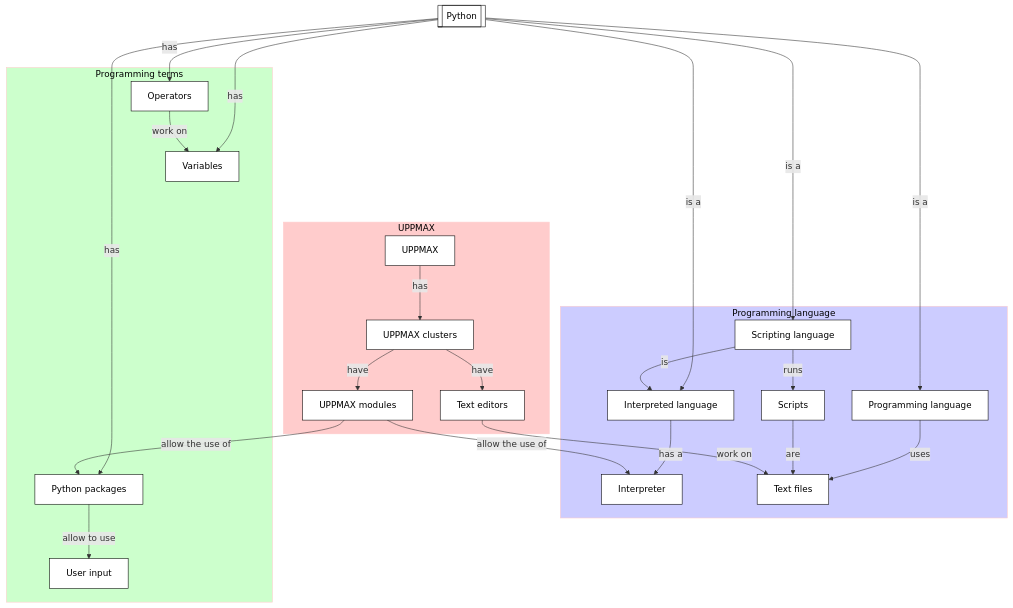
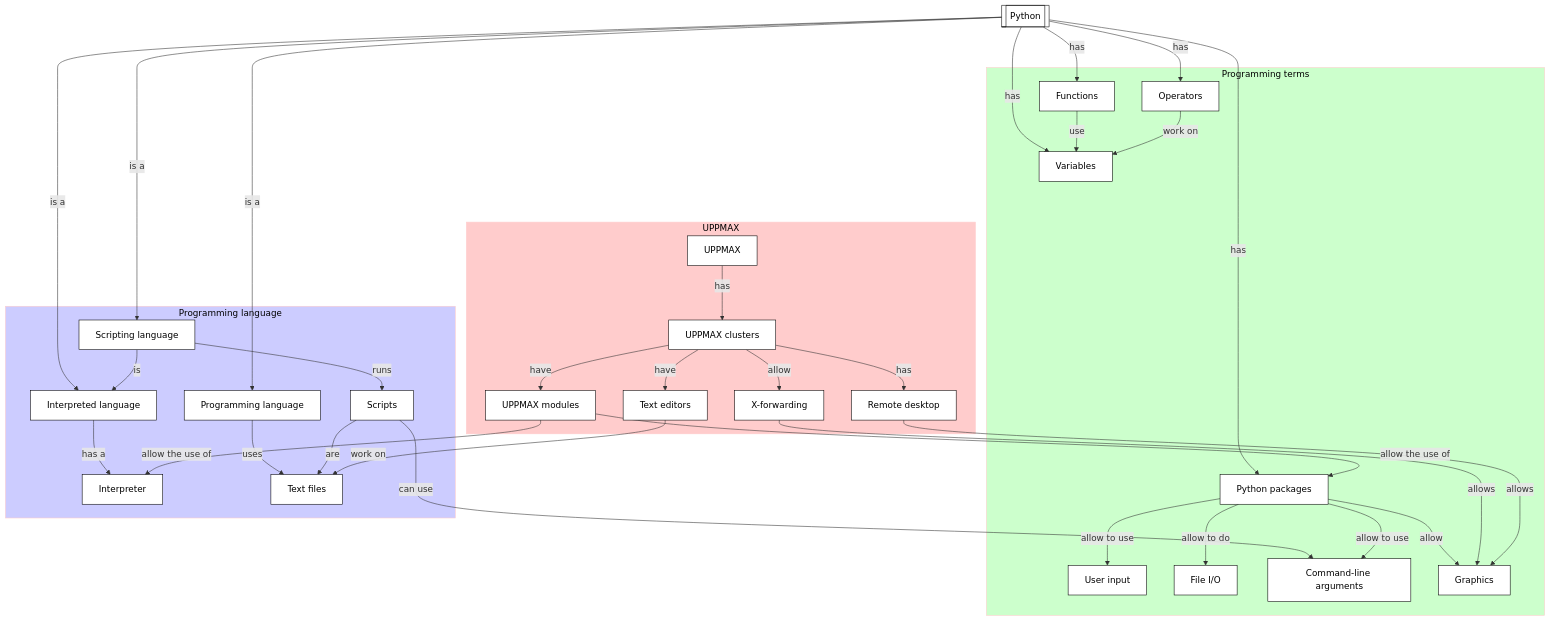
One commit to UPPMAX/uppmax_intro_python changed the diagram in docs/overviews/topics.md. Above: the diagram before and after it, drawn with Mermaid. The commit also changed 2 other files, not shown here.

````diff
--- a/docs/overviews/topics.md
+++ b/docs/overviews/topics.md
@@ -3,76 +3,75 @@
 ```mermaid
 flowchart TD
     python[[Python]]
 
     %% Give a white background to all nodes, instead of a transparent one
     classDef node fill:#fff,color:#000,stroke:#000
 
     subgraph sub_programming_language[Programming language]
       interpreted_language[Interpreted language]
       programming_language[Programming language]
       scripting_language[Scripting language]
       interpreter[Interpreter]
       scripts[Scripts]
       text_files[Text files]
     end
     style sub_programming_language fill:#ccf,color:#000,stroke:#fcc
 
     subgraph sub_programming_terms[Programming terms]
       user_input[User input]
-      %% file_io[File I/O]
-      %% command_line_arguments[Command-line arguments]
+      file_io[File I/O]
+      command_line_arguments[Command-line arguments]
       variables[Variables]
       operators[Operators]
-      %% functions[Functions]
+      functions[Functions]
       python_packages[Python packages]
-      %% graphics[Graphics]
+      graphics[Graphics]
     end 
     style sub_programming_terms fill:#cfc,color:#000,stroke:#fcc
 
     subgraph sub_uppmax[UPPMAX]
       uppmax[UPPMAX]
       uppmax_modules[UPPMAX modules]
       uppmax_clusters[UPPMAX clusters]
       text_editors[Text editors]
-      %% x_forwarding[X-forwarding]
-      %% remote_desktop[Remote desktop]
+      x_forwarding[X-forwarding]
+      remote_desktop[Remote desktop]
     end
     style sub_uppmax fill:#fcc,color:#000,stroke:#fcc
 
     python --> |is a| programming_language
     python --> |is a| interpreted_language
     python --> |is a| scripting_language
 
     programming_language --> |uses| text_files
     interpreted_language --> |has a| interpreter
     scripting_language --> |is|interpreted_language
     scripting_language --> |runs| scripts
     scripts --> |are| text_files
-    %% scripts --> |can use| command_line_arguments
+    scripts --> |can use| command_line_arguments
 
     python --> |has| python_packages
     python --> |has| variables
-    %%python --> |has| functions
+    python --> |has| functions
     python --> |has| operators
-    %%functions --> |use| variables
+    functions --> |use| variables
     operators --> |work on| variables
-    %%python_packages --> |allow| graphics
+    python_packages --> |allow| graphics
     python_packages --> |allow to use| user_input
-    %% python_packages --> |allow to do| file_io
-    %% python_packages --> |allow to use| command_line_arguments
+    python_packages --> |allow to do| file_io
+    python_packages --> |allow to use| command_line_arguments
 
     uppmax --> |has| uppmax_clusters
     uppmax_clusters --> |have| uppmax_modules
     uppmax_clusters --> |have| text_editors
-    %% uppmax_clusters --> |allow| x_forwarding
-    %% uppmax_clusters --> |has| remote_desktop
+    uppmax_clusters --> |allow| x_forwarding
+    uppmax_clusters --> |has| remote_desktop
     uppmax_modules --> |allow the use of| python_packages
     uppmax_modules --> |allow the use of| interpreter
 
     text_editors --> |work on|text_files
-    %%x_forwarding --> |allows|graphics
-    %%remote_desktop --> |allows|graphics
+    x_forwarding --> |allows|graphics
+    remote_desktop --> |allows|graphics
     
-
     variables ~~~ uppmax
 ```
````
